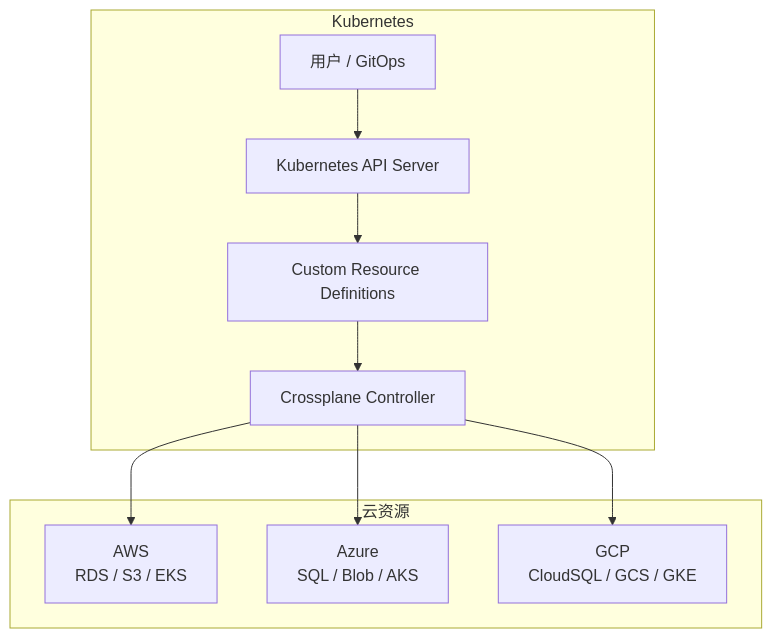
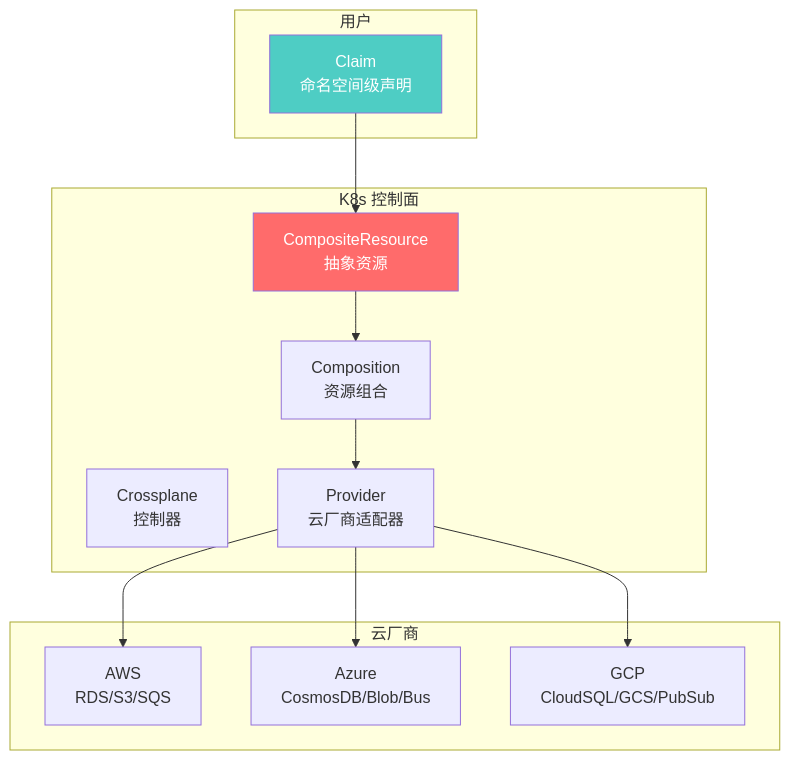
The fifth of 11 diagrams in src/运维与部署/Docker_K8s/08_云原生生态/03_云原生工具链.md (moklgydocs/moklgydocs.github.io), drawn with Mermaid before and after one commit. The commit also changed other lines of this file and 1 other file, not shown here.

````diff
--- a/src/运维与部署/Docker_K8s/08_云原生生态/03_云原生工具链.md
+++ b/src/运维与部署/Docker_K8s/08_云原生生态/03_云原生工具链.md
@@ -279,22 +429,29 @@
 ```mermaid
-flowchart TB
-    subgraph Kubernetes
-        User["用户 / GitOps"]
-        API["Kubernetes API Server"]
-        CRD["Custom Resource Definitions"]
-        XP["Crossplane Controller"]
+graph TB
+    subgraph "K8s 控制面"
+        XP["Crossplane<br/>控制器"]
+        PR["Provider<br/>云厂商适配器"]
+        XR["CompositeResource<br/>抽象资源"]
+        COMP["Composition<br/>资源组合"]
     end
 
-    subgraph 云资源
-        AWS["AWS<br/>RDS / S3 / EKS"]
-        Azure["Azure<br/>SQL / Blob / AKS"]
-        GCP["GCP<br/>CloudSQL / GCS / GKE"]
+    subgraph "云厂商"
+        AWS["AWS<br/>RDS/S3/SQS"]
+        AZURE["Azure<br/>CosmosDB/Blob/Bus"]
+        GCP["GCP<br/>CloudSQL/GCS/PubSub"]
     end
 
-    User --> API
-    API --> CRD
-    CRD --> XP
-    XP --> AWS
-    XP --> Azure
-    XP --> GCP
+    subgraph "用户"
+        CLAIM["Claim<br/>命名空间级声明"]
+    end
+
+    CLAIM --> XR
+    XR --> COMP
+    COMP --> PR
+    PR --> AWS
+    PR --> AZURE
+    PR --> GCP
+
+    style XR fill:#ff6b6b,color:#fff
+    style CLAIM fill:#4ecdc4,color:#fff
 ```
````
